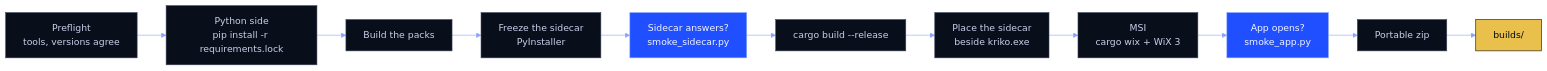
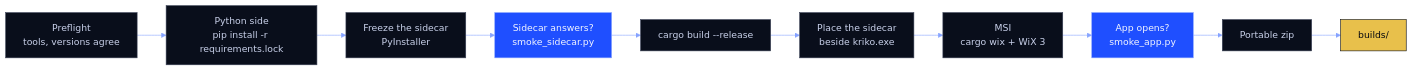
One commit to Berbadov/kriko changed the third of 3 diagrams in kriko-gpui/README.md. Above: the diagram before and after it, drawn with Mermaid. The commit also changed 25 other files, not shown here.

First line of the commit message:
fix(installer): ship no packs and fit the pages to the window

````diff
--- a/kriko-gpui/README.md
+++ b/kriko-gpui/README.md
@@ -178,18 +178,17 @@
 ```mermaid
 %%{init: {"theme":"base","themeVariables":{"fontFamily":"ui-monospace, SFMono-Regular, Consolas, monospace","primaryColor":"#090E1B","primaryTextColor":"#F2F5FF","primaryBorderColor":"#1F4FFF","lineColor":"#86A3FF","secondaryColor":"#1739C2","tertiaryColor":"#080B16","noteBkgColor":"#BFE4FF","noteTextColor":"#05070F","actorBkg":"#090E1B","actorTextColor":"#F2F5FF","actorBorder":"#1F4FFF","signalColor":"#86A3FF","signalTextColor":"#86A3FF"}}}%%
 flowchart LR
     A["Preflight<br/>tools, versions agree"]:::plain --> B["Python side<br/>pip install -r requirements.lock"]:::plain
-    B --> C["Build the packs"]:::plain
-    C --> D["Freeze the sidecar<br/>PyInstaller"]:::plain
+    B --> D["Freeze the sidecar<br/>PyInstaller"]:::plain
     D --> E["Sidecar answers?<br/>smoke_sidecar.py"]:::brand
     E --> F["cargo build --release"]:::plain
     F --> G["Place the sidecar<br/>beside kriko.exe"]:::plain
     G --> H["MSI<br/>cargo wix + WiX 3"]:::plain
     H --> I["App opens?<br/>smoke_app.py"]:::brand
     I --> J["Portable zip"]:::plain
     J --> K["builds/"]:::mark
 
     classDef brand  fill:#1F4FFF,stroke:#86A3FF,color:#F2F5FF
     classDef plain  fill:#090E1B,stroke:#3A4156,color:#C9D1EA
     classDef mark   fill:#E8C04B,stroke:#05070F,color:#05070F
 ```
````
